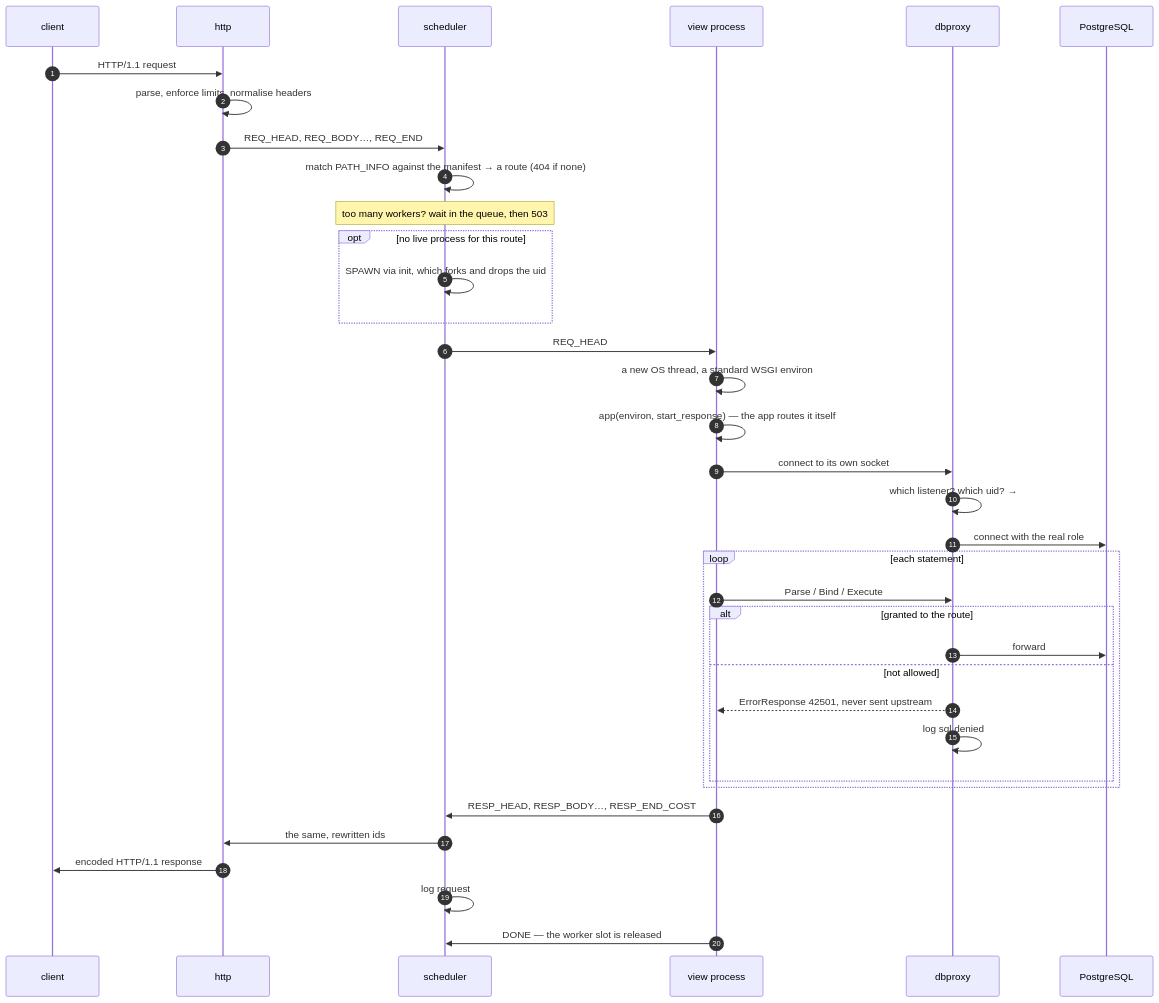
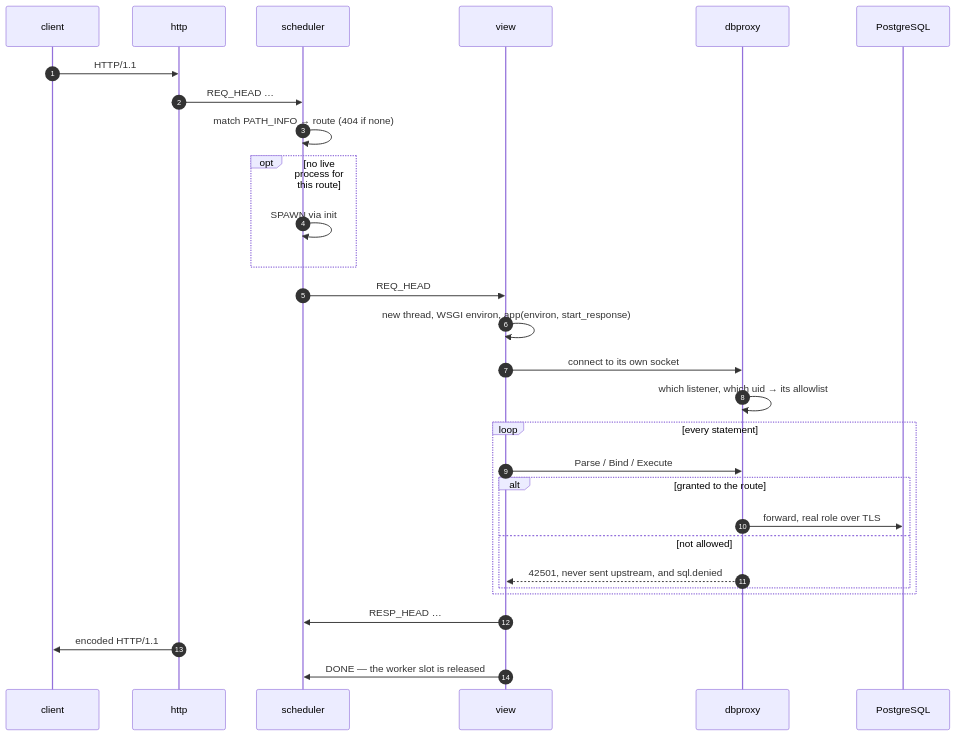
One commit to OffworldNexus/blastit changed the second of 2 diagrams in docs/how-it-works.md. Above: the diagram before and after it, drawn with Mermaid. The commit also changed other lines of this file and 6 other files, not shown here.

````diff
--- a/docs/how-it-works.md
+++ b/docs/how-it-works.md
@@ -67,39 +48,32 @@
 ```mermaid
 sequenceDiagram
     autonumber
     participant C as client
     participant H as http
     participant S as scheduler
-    participant V as view process
+    participant V as view
     participant D as dbproxy
     participant P as PostgreSQL
 
-    C->>H: HTTP/1.1 request
-    H->>H: parse, enforce limits, normalise headers
-    H->>S: REQ_HEAD, REQ_BODY…, REQ_END
-    S->>S: match PATH_INFO against the manifest → a route (404 if none)
-    Note over S: too many workers? wait in the queue, then 503
+    C->>H: HTTP/1.1
+    H->>S: REQ_HEAD …
+    S->>S: match PATH_INFO → route (404 if none)
     opt no live process for this route
-        S->>S: SPAWN via init, which forks and drops the uid
+        S->>S: SPAWN via init
     end
     S->>V: REQ_HEAD
-    V->>V: a new OS thread, a standard WSGI environ
-    V->>V: app(environ, start_response) — the app routes it itself
+    V->>V: new thread, WSGI environ, app(environ, start_response)
     V->>D: connect to its own socket
-    D->>D: which listener? which uid? →
-    D->>P: connect with the real role
-    loop each statement
+    D->>D: which listener, which uid → its allowlist
+    loop every statement
         V->>D: Parse / Bind / Execute
         alt granted to the route
-            D->>P: forward
+            D->>P: forward, real role over TLS
         else not allowed
-            D-->>V: ErrorResponse 42501, never sent upstream
-            D->>D: log sql.denied
+            D-->>V: 42501, never sent upstream, and sql.denied
         end
     end
-    V->>S: RESP_HEAD, RESP_BODY…, RESP_END_COST
-    S->>H: the same, rewritten ids
-    H->>C: encoded HTTP/1.1 response
-    S->>S: log request
+    V->>S: RESP_HEAD …
+    H->>C: encoded HTTP/1.1
     V->>S: DONE — the worker slot is released
 ```
````
